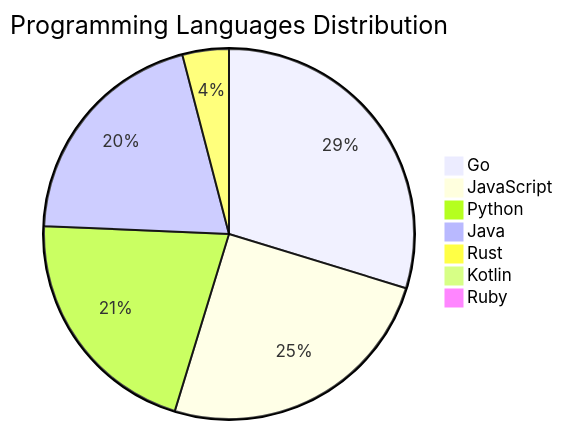
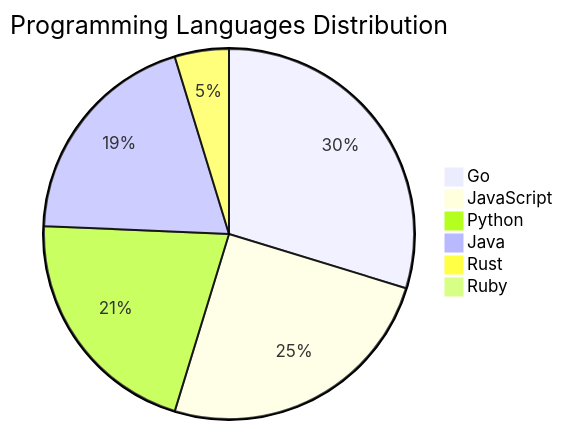
The diagram in README.md (Derrick-MUGISHA/github-activity-bot), drawn with Mermaid before and after one commit. The commit also changed other lines of this file and 4 other files, not shown here.

````diff
--- a/README.md
+++ b/README.md
@@ -207,10 +206,9 @@
 ```mermaid
 pie title Programming Languages Distribution
     "Go" : 44
     "JavaScript" : 37
     "Python" : 31
-    "Java" : 30
-    "Rust" : 6
-    "Kotlin" : 1
+    "Java" : 29
+    "Rust" : 7
     "Ruby" : 1
 ```
````
